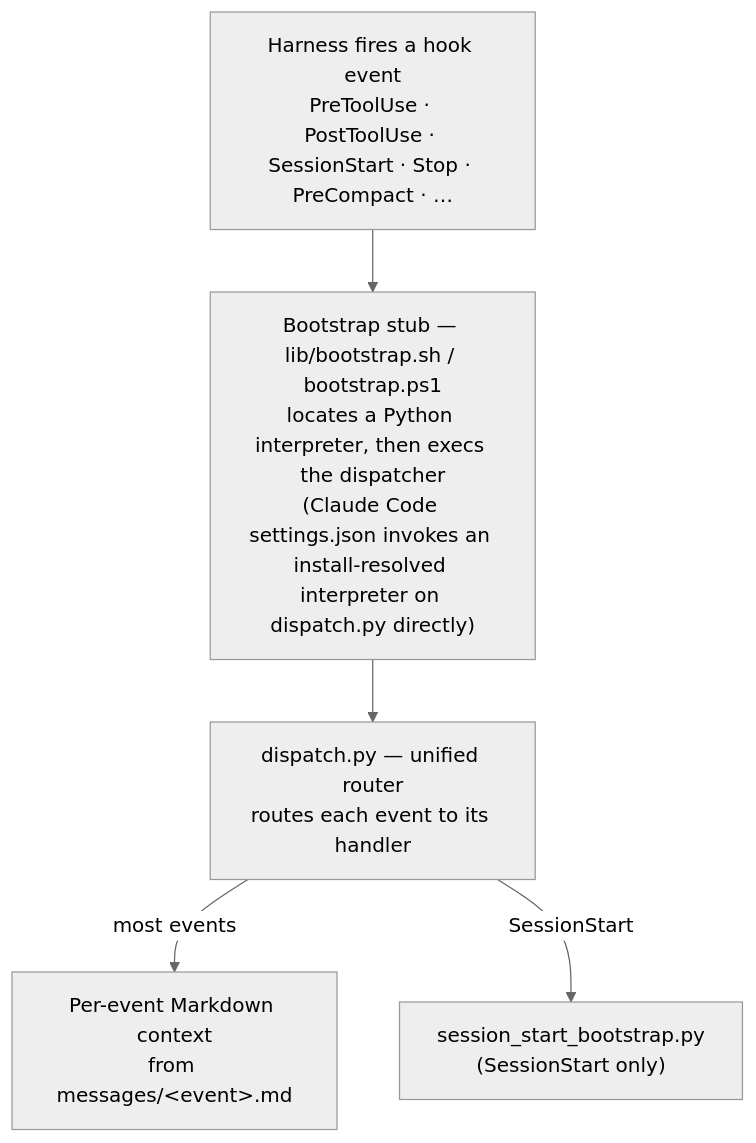
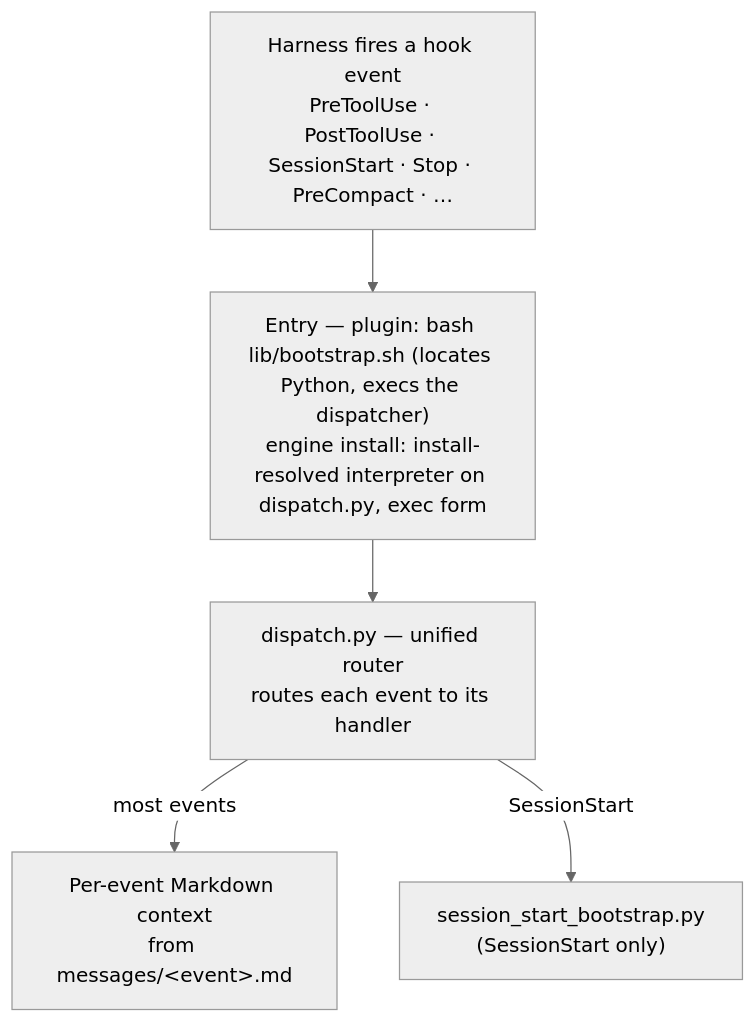
The diagram in src/apothem/hooks/README.md (Ahmed-G-Gad/apothem), drawn with Mermaid before and after one commit. The commit also changed other lines of this file and 36 other files, not shown here.

````diff
--- a/src/apothem/hooks/README.md
+++ b/src/apothem/hooks/README.md
@@ -9,16 +9,16 @@
 ```mermaid
 %%{ init: { "theme": "neutral" } }%%
-%% verified: 2026-06-23 %%
+%% verified: 2026-10-02 %%
 %% provenance: hooks/README.md — the hook-dispatch runtime flow %%
 %% cross-reference: src/apothem/hooks/dispatch.py (router); src/apothem/hooks/lib/bootstrap.sh + bootstrap.ps1 (stubs); src/apothem/hooks/messages/ (per-event context) %%
 flowchart TD
     Event["Harness fires a hook event<br/>PreToolUse · PostToolUse · SessionStart · Stop · PreCompact · …"]
-    Stub["Bootstrap stub — lib/bootstrap.sh / bootstrap.ps1<br/>locates a Python interpreter, then execs the dispatcher<br/>(Claude Code settings.json invokes an install-resolved interpreter on dispatch.py directly)"]
+    Stub["Entry — plugin: bash lib/bootstrap.sh (locates Python, execs the dispatcher)<br/>engine install: install-resolved interpreter on dispatch.py, exec form"]
     Dispatch["dispatch.py — unified router<br/>routes each event to its handler"]
     Context["Per-event Markdown context<br/>from messages/&lt;event&gt;.md"]
     Bootstrap["session_start_bootstrap.py<br/>(SessionStart only)"]
 
     Event --> Stub --> Dispatch
     Dispatch -->|most events| Context
     Dispatch -->|SessionStart| Bootstrap
 ```
````
